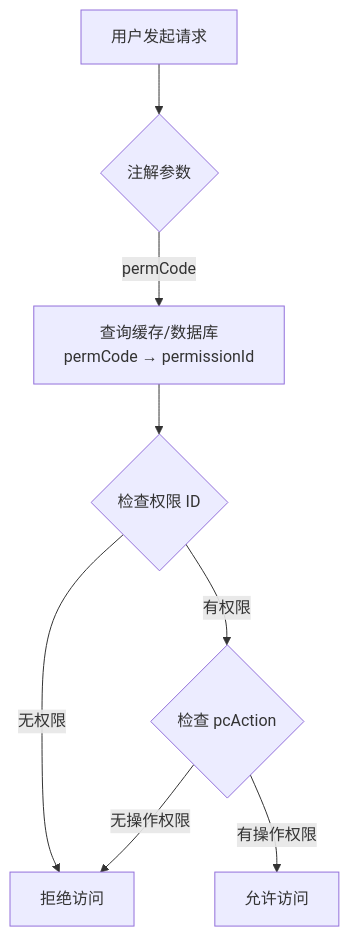
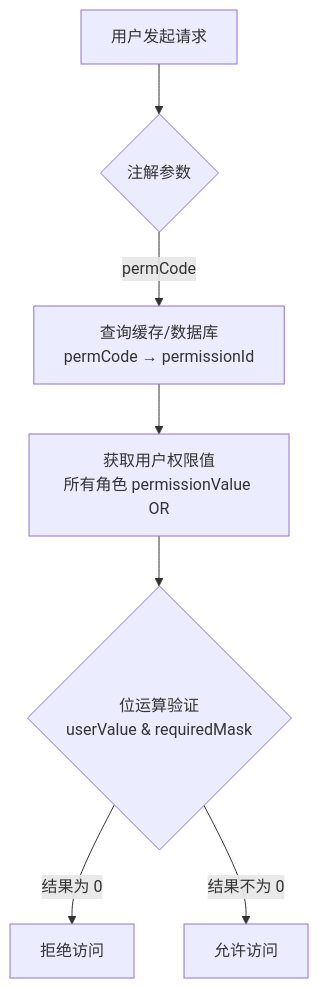
Before and after one commit to huyumo/moyan-mfw: the third of 4 diagrams in docs/core/permissions.md, drawn with Mermaid. The commit also changed other lines of this file and 2 other files, not shown here.

````diff
--- a/docs/core/permissions.md
+++ b/docs/core/permissions.md
@@ -347,10 +420,9 @@
 ```mermaid
 flowchart TD
     A[用户发起请求] --> B{注解参数}
     B -->|permCode| C[查询缓存/数据库<br/>permCode → permissionId]
-    C --> D{检查权限 ID}
-    D -->|无权限 | E[拒绝访问]
-    D -->|有权限 | F{检查 pcAction}
-    F -->|无操作权限 | E
-    F -->|有操作权限 | G[允许访问]
+    C --> D[获取用户权限值<br/>所有角色 permissionValue OR]
+    D --> E{位运算验证<br/>userValue & requiredMask}
+    E -->|结果为 0| F[拒绝访问]
+    E -->|结果不为 0| G[允许访问]
 ```
````
